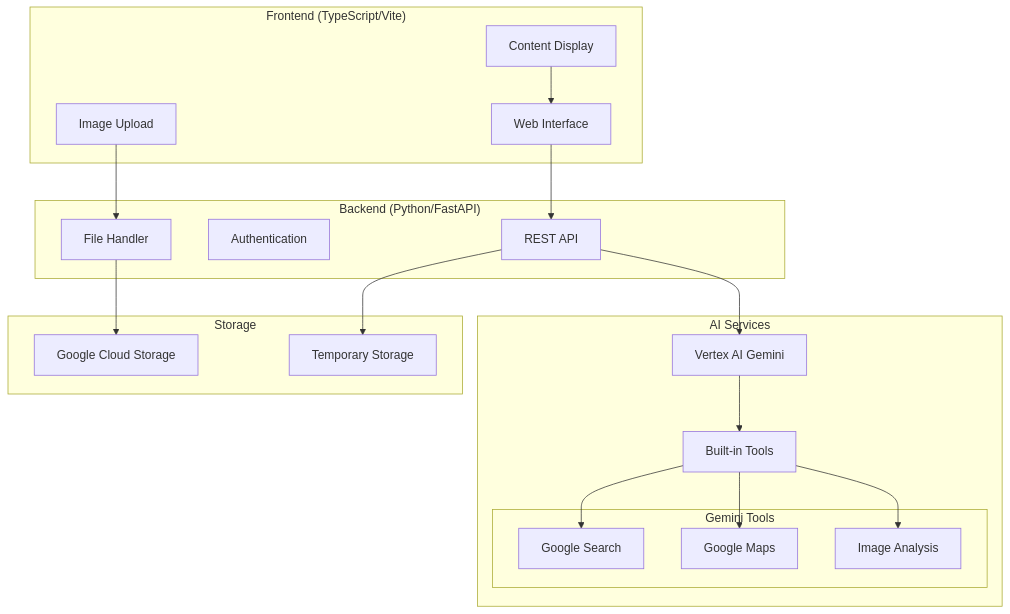
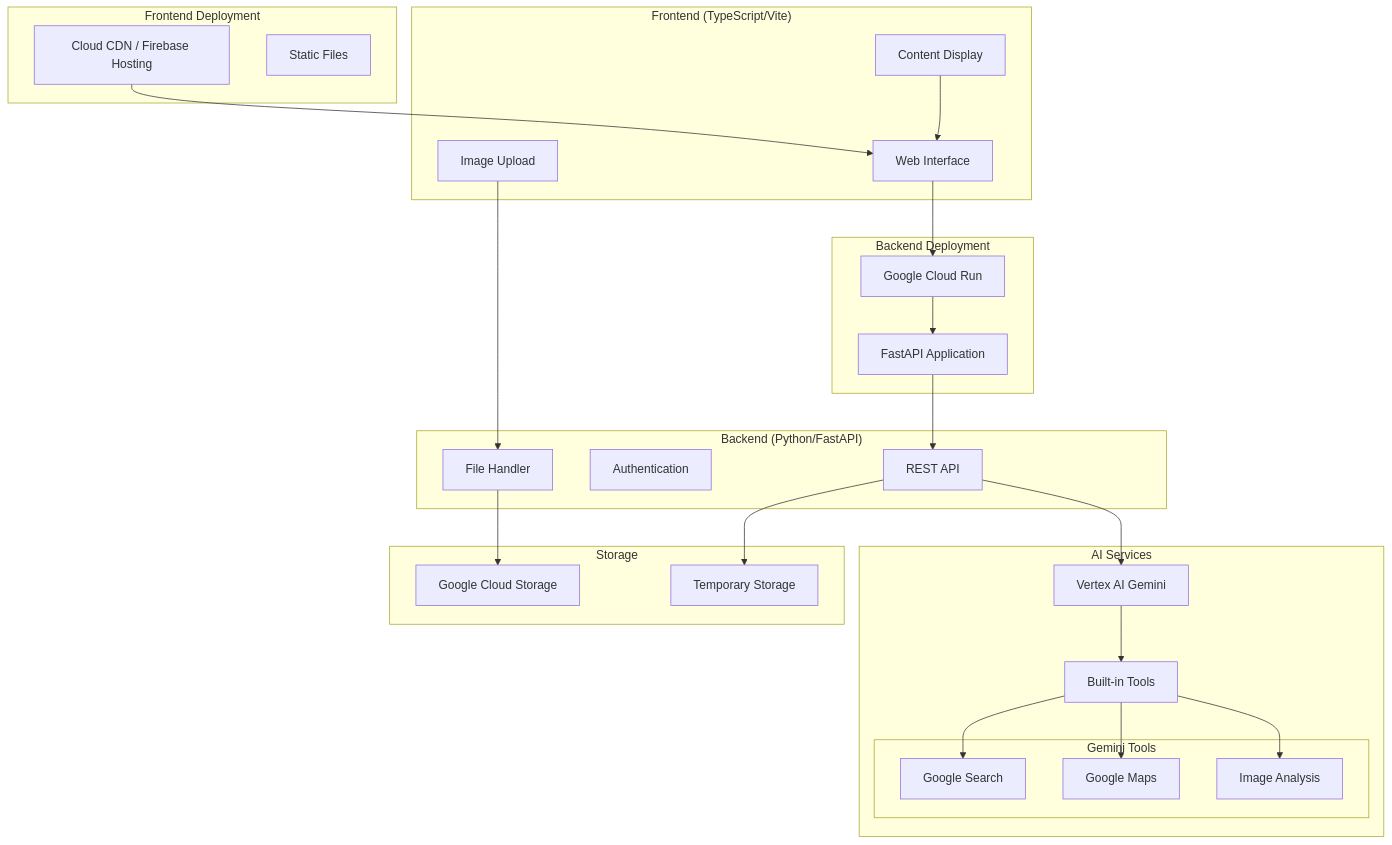
Before and after one commit to Narumikr/ai-hackathon-4th: the diagram in .kiro/specs/historical-travel-agent/design.md, drawn with Mermaid. The commit also changed 1 other file, not shown here.

Commit message:
Update deployment requirements for frontend/backend separation
- Split deployment requirement into separate frontend and backend requirements
- Frontend: Google Cloud Storage + Cloud CDN or Firebase Hosting
- Backend: Google Cloud Run with Python FastAPI
- Update architecture diagram to show deployment structure

````diff
--- a/.kiro/specs/historical-travel-agent/design.md
+++ b/.kiro/specs/historical-travel-agent/design.md
@@ -13,41 +13,54 @@
 ```mermaid
 graph TB
+    subgraph "Frontend Deployment"
+        CDN[Cloud CDN / Firebase Hosting]
+        StaticFiles[Static Files]
+    end
+    
     subgraph "Frontend (TypeScript/Vite)"
         UI[Web Interface]
         Upload[Image Upload]
         Display[Content Display]
+    end
+    
+    subgraph "Backend Deployment"
+        CloudRun[Google Cloud Run]
+        FastAPI[FastAPI Application]
     end
     
     subgraph "Backend (Python/FastAPI)"
         API[REST API]
         Auth[Authentication]
         FileHandler[File Handler]
     end
     
     subgraph "AI Services"
         Gemini[Vertex AI Gemini]
         Tools[Built-in Tools]
         subgraph "Gemini Tools"
             Search[Google Search]
             Maps[Google Maps]
             Vision[Image Analysis]
         end
     end
     
     subgraph "Storage"
         CloudStorage[Google Cloud Storage]
         TempStorage[Temporary Storage]
     end
     
-    UI --> API
+    CDN --> UI
+    UI --> CloudRun
+    CloudRun --> FastAPI
+    FastAPI --> API
     Upload --> FileHandler
     API --> Gemini
     Gemini --> Tools
     Tools --> Search
     Tools --> Maps
     Tools --> Vision
     FileHandler --> CloudStorage
     API --> TempStorage
     
     Display --> UI
 ```
````
